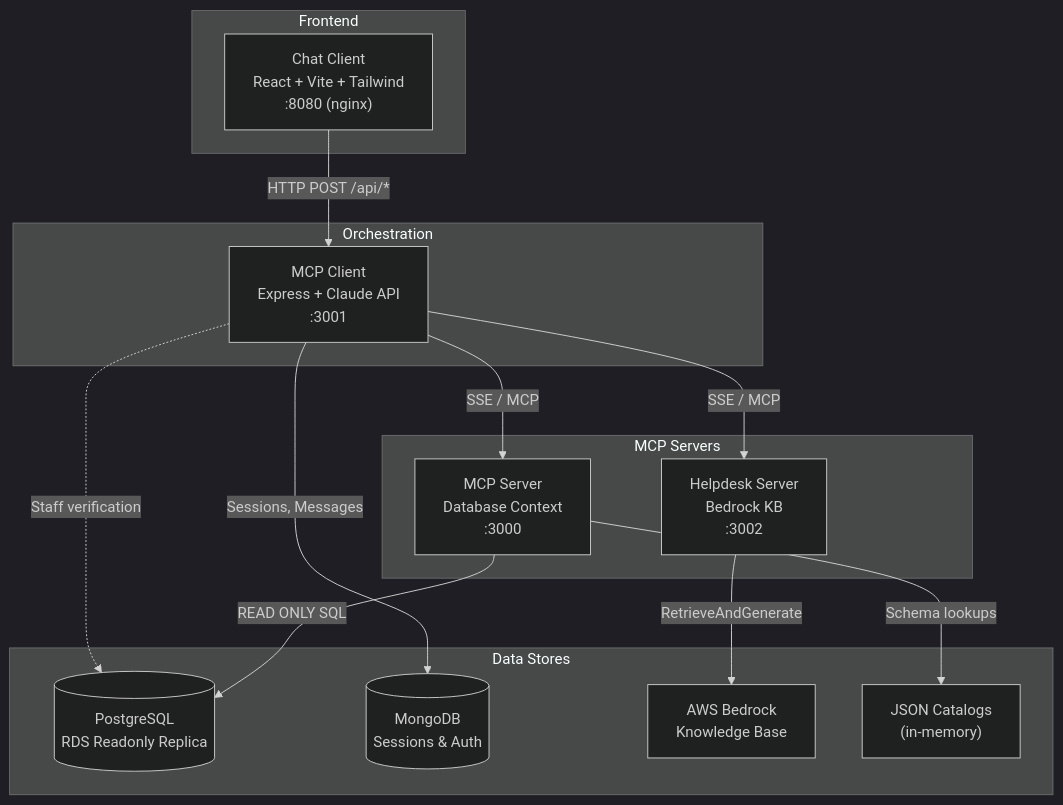
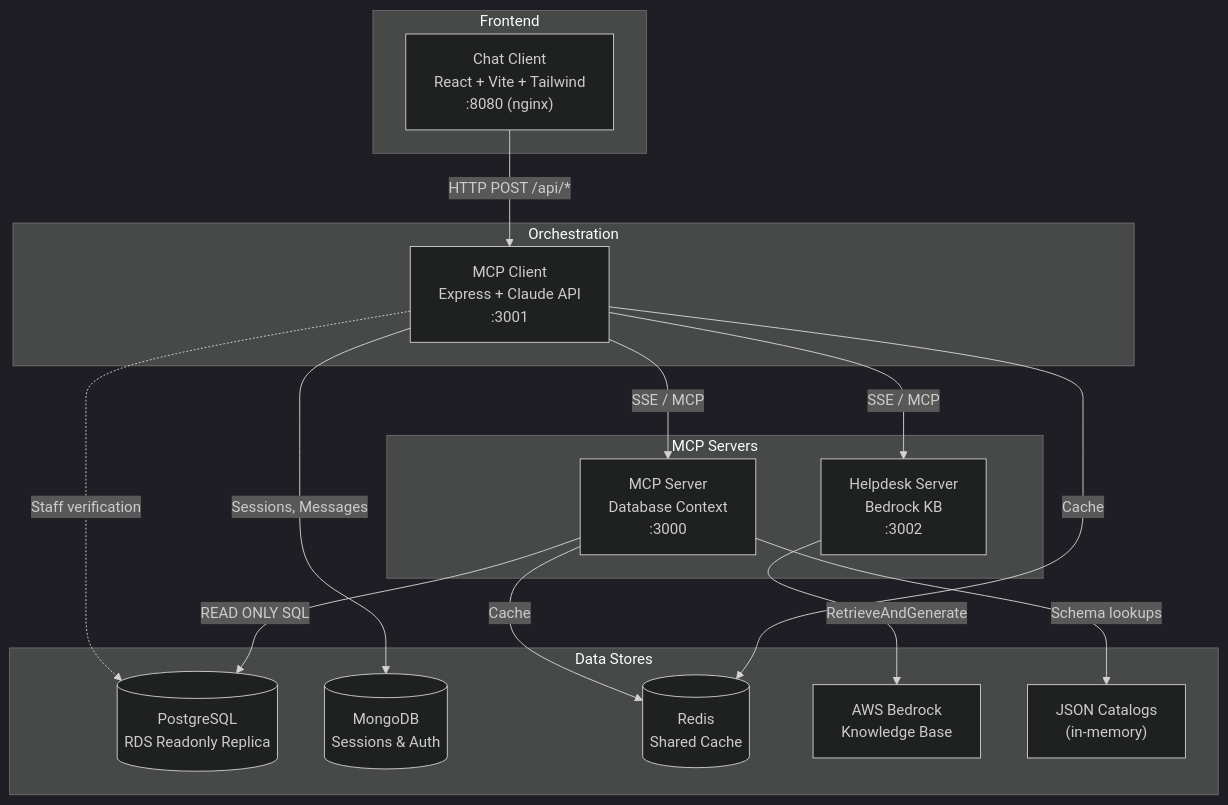
One commit to Isprava/lohono-db-connect changed the first of 22 diagrams in Documentation.md. Above: the diagram before and after it, drawn with Mermaid (dark theme). The commit also changed other lines of this file and 35 other files, not shown here.

First line of the commit message:
feat: modularize architecture with plugin system, circuit breakers, Redis caching, and ACL refactor

````diff
--- a/Documentation.md
+++ b/Documentation.md
@@ -32,32 +32,35 @@
 ```mermaid
 graph TB
     subgraph Frontend
         Web["Chat Client<br/>React + Vite + Tailwind<br/>:8080 (nginx)"]
     end
 
     subgraph Orchestration
         Client["MCP Client<br/>Express + Claude API<br/>:3001"]
     end
 
     subgraph MCP Servers
         DBServer["MCP Server<br/>Database Context<br/>:3000"]
         HDServer["Helpdesk Server<br/>Bedrock KB<br/>:3002"]
     end
 
     subgraph Data Stores
         PG[("PostgreSQL<br/>RDS Readonly Replica")]
         Mongo[("MongoDB<br/>Sessions & Auth")]
+        Redis[("Redis<br/>Shared Cache")]
         Bedrock["AWS Bedrock<br/>Knowledge Base"]
         Catalog["JSON Catalogs<br/>(in-memory)"]
     end
 
     Web -->|"HTTP POST /api/*"| Client
     Client -->|SSE / MCP| DBServer
     Client -->|SSE / MCP| HDServer
     Client -->|Sessions, Messages| Mongo
     Client -.->|Staff verification| PG
 
     DBServer -->|"READ ONLY SQL"| PG
     DBServer -->|Schema lookups| Catalog
+    DBServer -->|Cache| Redis
+    Client -->|Cache| Redis
     HDServer -->|RetrieveAndGenerate| Bedrock
 ```
````
